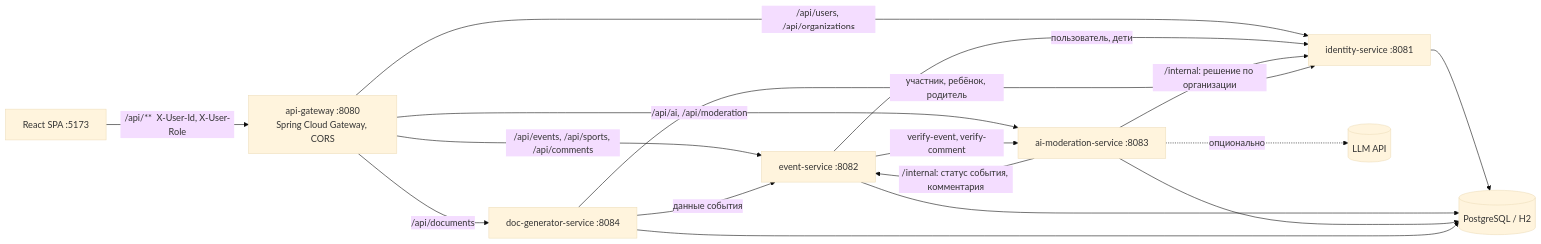
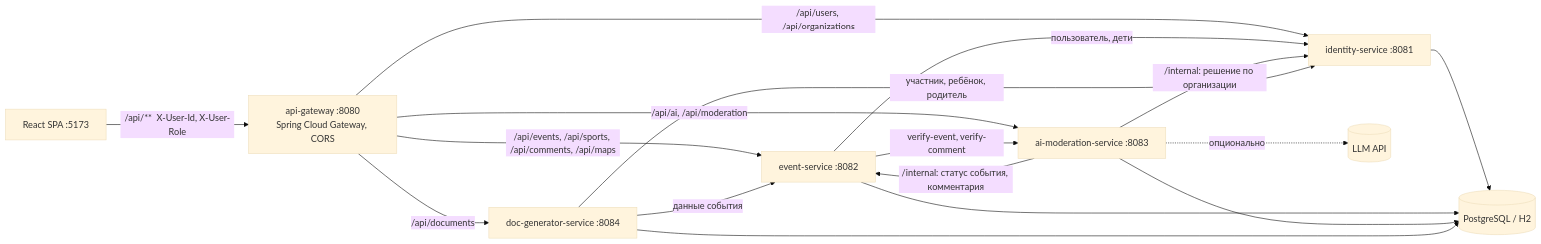
Before and after one commit to MBL15/pisun-2: the first of 2 diagrams in README.md, drawn with Mermaid (base theme). The commit also changed other lines of this file and 8 other files, not shown here.

````diff
--- a/README.md
+++ b/README.md
@@ -57,16 +57,16 @@
 ```mermaid
 flowchart LR
   FE[React SPA :5173] -->|/api/**  X-User-Id, X-User-Role| GW[api-gateway :8080<br/>Spring Cloud Gateway, CORS]
   GW -->|/api/users, /api/organizations| ID[identity-service :8081]
-  GW -->|/api/events, /api/sports, /api/comments| EV[event-service :8082]
+  GW -->|/api/events, /api/sports, /api/comments, /api/maps| EV[event-service :8082]
   GW -->|/api/ai, /api/moderation| AI[ai-moderation-service :8083]
   GW -->|/api/documents| DOC[doc-generator-service :8084]
   EV -->|пользователь, дети| ID
   EV -->|verify-event, verify-comment| AI
   AI -->|/internal: статус события, комментария| EV
   AI -->|/internal: решение по организации| ID
   DOC -->|данные события| EV
   DOC -->|участник, ребёнок, родитель| ID
   AI -.->|опционально| LLM[(LLM API)]
   ID & EV & AI & DOC --> DB[(PostgreSQL / H2)]
 ```
````
